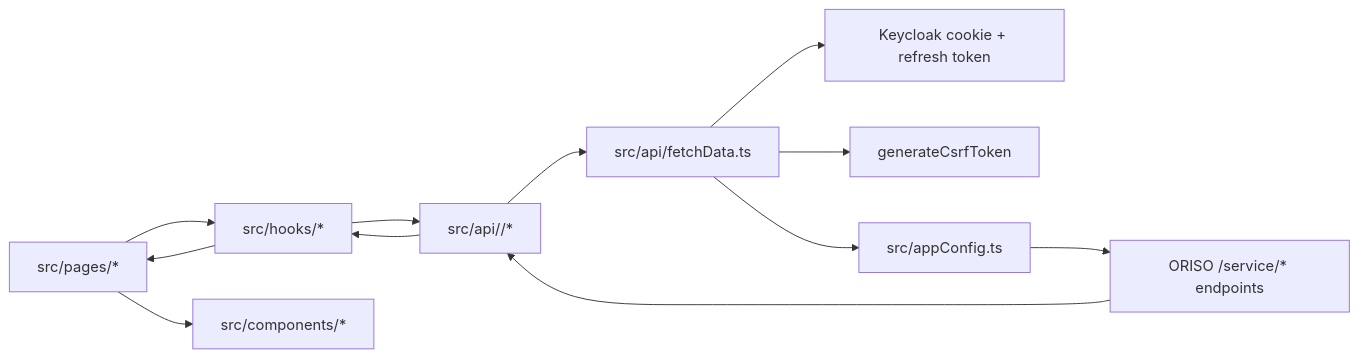
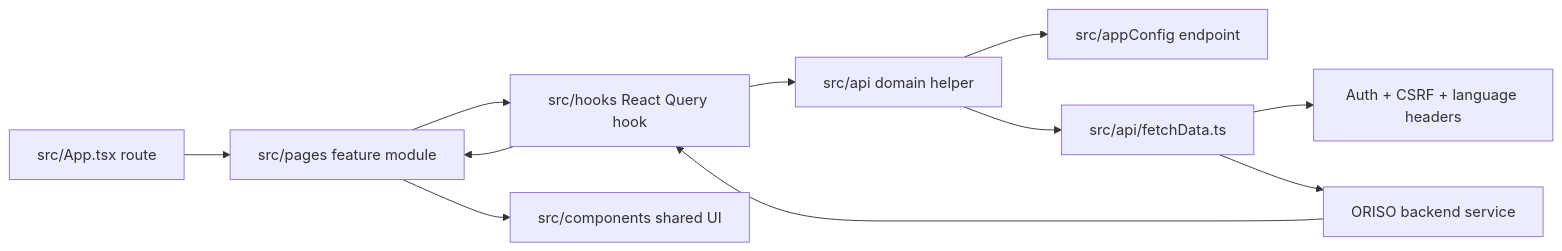
One commit to OpenResilienceInitiative/ORISO-Admin changed the diagram in .understand-anything/visuals/data-flow.mmd. Above: the diagram before and after it, drawn with Mermaid. The commit also changed other lines of this file and 293 other files, not shown here.

```diff
--- a/.understand-anything/visuals/data-flow.mmd
+++ b/.understand-anything/visuals/data-flow.mmd
@@ -1,12 +1,11 @@
 flowchart LR
-  Page[src/pages/*] --> Hook[src/hooks/*]
-  Hook --> Api[src/api/<domain>/*]
+  Route[src/App.tsx route] --> Page[src/pages feature module]
+  Page --> Hook[src/hooks React Query hook]
+  Hook --> Api[src/api domain helper]
+  Api --> Config[src/appConfig endpoint]
   Api --> Fetch[src/api/fetchData.ts]
-  Fetch --> Auth[Keycloak cookie + refresh token]
-  Fetch --> Csrf[generateCsrfToken]
-  Fetch --> Config[src/appConfig.ts]
-  Config --> Backend[ORISO /service/* endpoints]
-  Backend --> Api
-  Api --> Hook
+  Fetch --> Headers[Auth + CSRF + language headers]
+  Fetch --> Service[ORISO backend service]
+  Service --> Hook
   Hook --> Page
-  Page --> Components[src/components/*]
+  Page --> UI[src/components shared UI]
```
